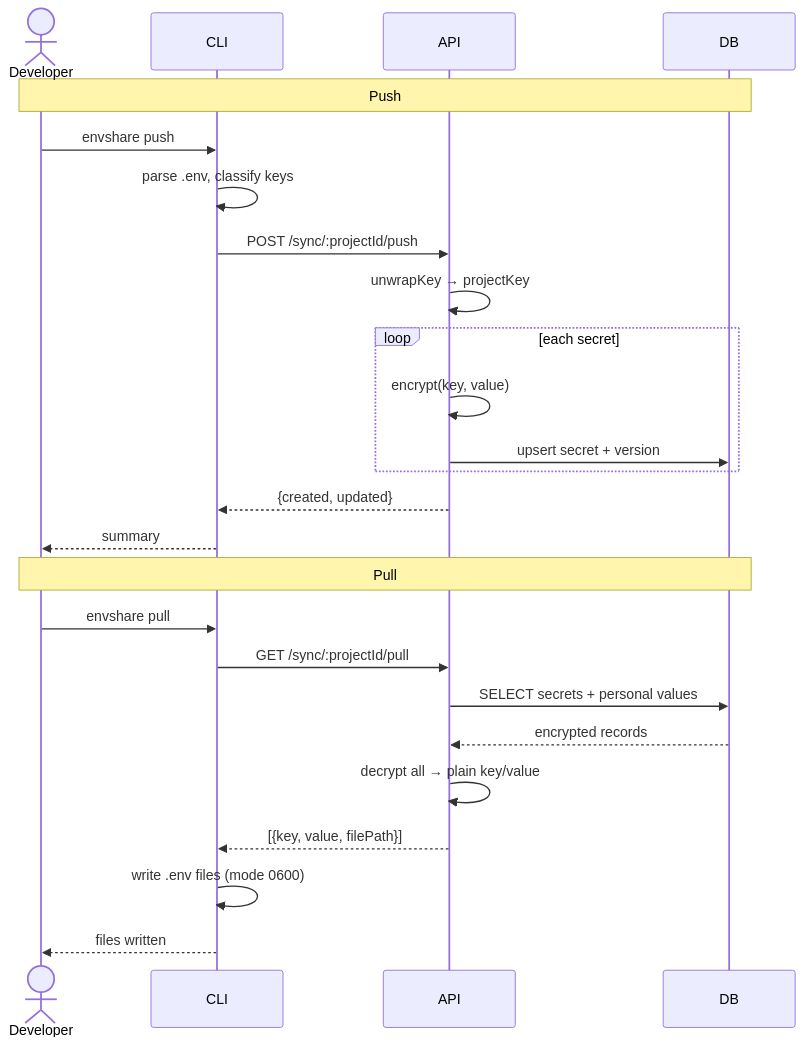
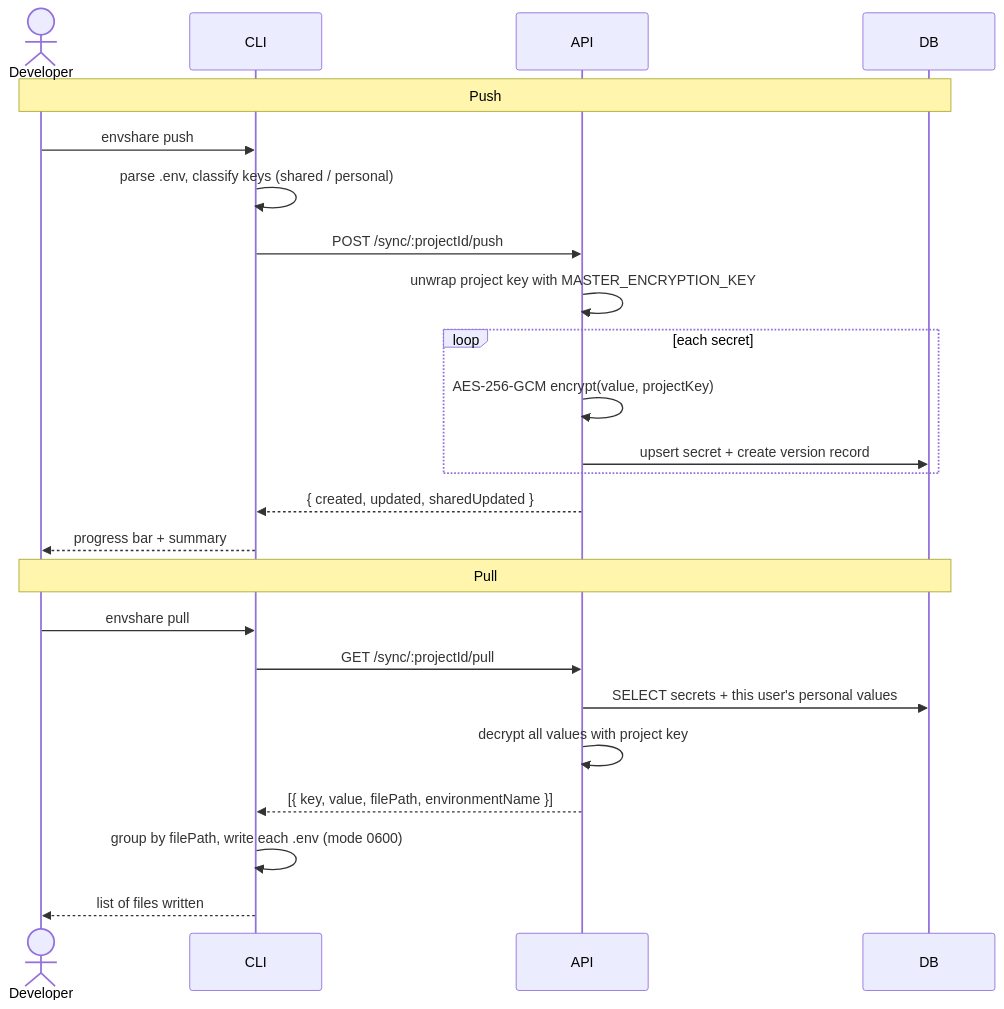
Before and after one commit to s-pl/envShare: the fourth of 5 diagrams in README.md, drawn with Mermaid. The commit also changed other lines of this file and 1 other file, not shown here.

Commit message:
feat: update README and add CloudFormation template for EC2 deployment; enhance documentation on secrets management and setup instructions

````diff
--- a/README.md
+++ b/README.md
@@ -215,29 +266,28 @@
 ```mermaid
 sequenceDiagram
     actor Dev as Developer
     participant CLI
     participant API
     participant DB
 
     Note over Dev,DB: Push
     Dev->>CLI: envshare push
-    CLI->>CLI: parse .env, classify keys
+    CLI->>CLI: parse .env, classify keys (shared / personal)
     CLI->>API: POST /sync/:projectId/push
-    API->>API: unwrapKey → projectKey
+    API->>API: unwrap project key with MASTER_ENCRYPTION_KEY
     loop each secret
-        API->>API: encrypt(key, value)
-        API->>DB: upsert secret + version
+        API->>API: AES-256-GCM encrypt(value, projectKey)
+        API->>DB: upsert secret + create version record
     end
-    API-->>CLI: {created, updated}
-    CLI-->>Dev: summary
+    API-->>CLI: { created, updated, sharedUpdated }
+    CLI-->>Dev: progress bar + summary
 
     Note over Dev,DB: Pull
     Dev->>CLI: envshare pull
     CLI->>API: GET /sync/:projectId/pull
-    API->>DB: SELECT secrets + personal values
-    DB-->>API: encrypted records
-    API->>API: decrypt all → plain key/value
-    API-->>CLI: [{key, value, filePath}]
-    CLI->>CLI: write .env files (mode 0600)
-    CLI-->>Dev: files written
+    API->>DB: SELECT secrets + this user's personal values
+    API->>API: decrypt all values with project key
+    API-->>CLI: [{ key, value, filePath, environmentName }]
+    CLI->>CLI: group by filePath, write each .env (mode 0600)
+    CLI-->>Dev: list of files written
 ```
````
